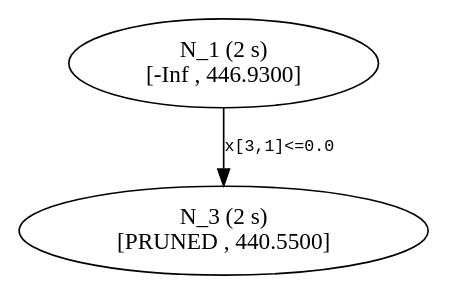
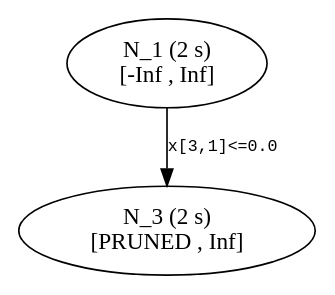
The diagram in previews/PR1015/start/tree2.dot (atoptima/Coluna.jl), drawn with Graphviz before and after one commit. The commit also changed 25 other files, not shown here.

```diff
--- a/previews/PR1015/start/tree2.dot
+++ b/previews/PR1015/start/tree2.dot
@@ -1,8 +1,8 @@
 ## dot -Tpdf thisfile > thisfile.pdf 
 
 digraph Branching_Tree {
 	edge[fontname = "Courier", fontsize = 10];
-	n1 [label= "N_1 (2 s) \n[-Inf , 446.9300]"];
-	n3 [label= "N_3 (2 s) \n[PRUNED , 440.5500]"];
+	n1 [label= "N_1 (2 s) \n[-Inf , Inf]"];
+	n3 [label= "N_3 (2 s) \n[PRUNED , Inf]"];
 	n1 -> n3 [label= "x[3,1]<=0.0"];
 }
```
